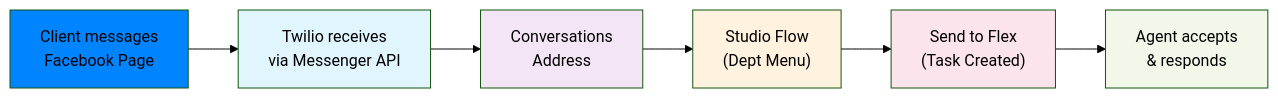
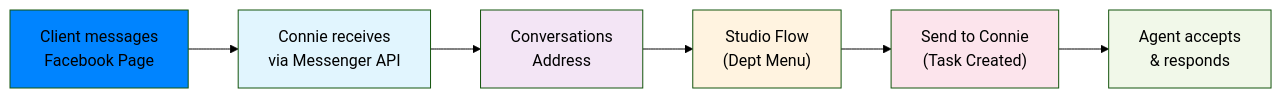
Before and after one commit to ConnieML/docs.connie: the first of 2 diagrams in docs/end-users/administrators/channels/social-media/facebook-messenger/index.md, drawn with Mermaid (forest theme). The commit also changed other lines of this file and 2 other files, not shown here.

First line of the commit message:
docs: Rebrand Flex/Twilio references to Connie across social media guides

````diff
--- a/docs/end-users/administrators/channels/social-media/facebook-messenger/index.md
+++ b/docs/end-users/administrators/channels/social-media/facebook-messenger/index.md
@@ -17,15 +17,15 @@
 ```mermaid
 flowchart LR
-    A["Client messages\nFacebook Page"] --> B["Twilio receives\nvia Messenger API"]
+    A["Client messages\nFacebook Page"] --> B["Connie receives\nvia Messenger API"]
     B --> C["Conversations\nAddress"]
     C --> D["Studio Flow\n(Dept Menu)"]
-    D --> E["Send to Flex\n(Task Created)"]
+    D --> E["Send to Connie\n(Task Created)"]
     E --> F["Agent accepts\n& responds"]
 
     style A fill:#0084FF
     style B fill:#e1f5fe
     style C fill:#f3e5f5
     style D fill:#fff3e0
     style E fill:#fce4ec
     style F fill:#f1f8e9
 ```
````
